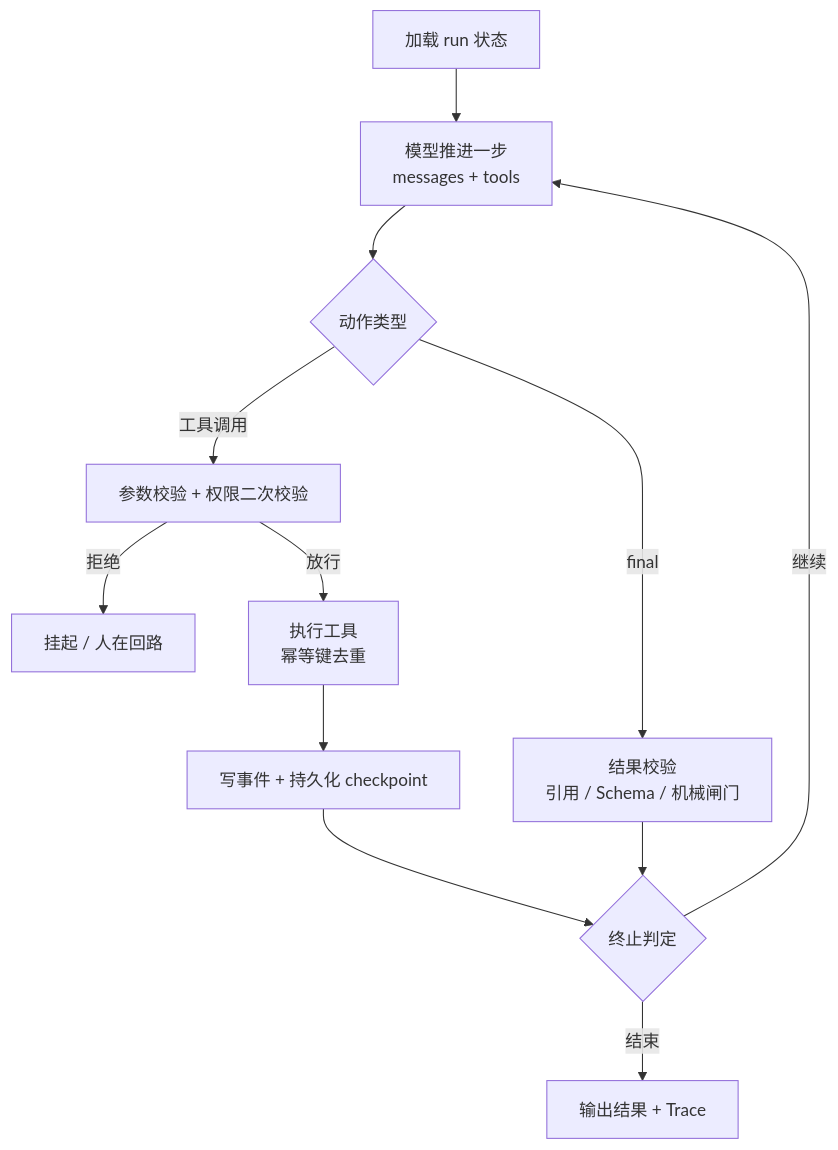
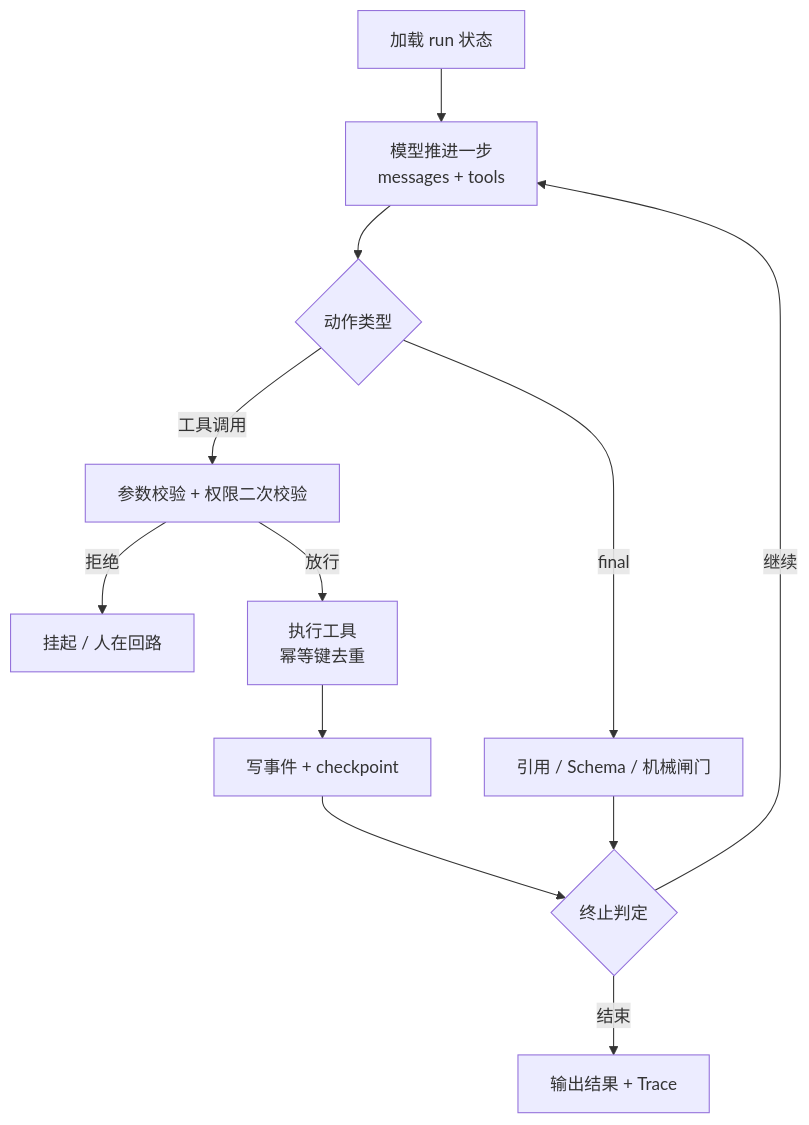
Before and after one commit to yukino-js/26autumn: the first of 2 diagrams in content/interview/fundamentals/agent-and-mcp.md, drawn with Mermaid. The commit also changed other lines of this file and 1 other file, not shown here.

````diff
--- a/content/interview/fundamentals/agent-and-mcp.md
+++ b/content/interview/fundamentals/agent-and-mcp.md
@@ -31,14 +30,14 @@
 ```mermaid
 flowchart TD
   S["加载 run 状态"] --> M["模型推进一步<br/>messages + tools"]
   M --> D{"动作类型"}
   D -->|工具调用| V["参数校验 + 权限二次校验"]
   V -->|拒绝| H["挂起 / 人在回路"]
   V -->|放行| E["执行工具<br/>幂等键去重"]
-  E --> P["写事件 + 持久化 checkpoint"]
+  E --> P["写事件 + checkpoint"]
   P --> T{"终止判定"}
-  D -->|final| C["结果校验<br/>引用 / Schema / 机械闸门"]
+  D -->|final| C["引用 / Schema / 机械闸门"]
   C --> T
   T -->|继续| M
   T -->|结束| Z["输出结果 + Trace"]
 ```
````
